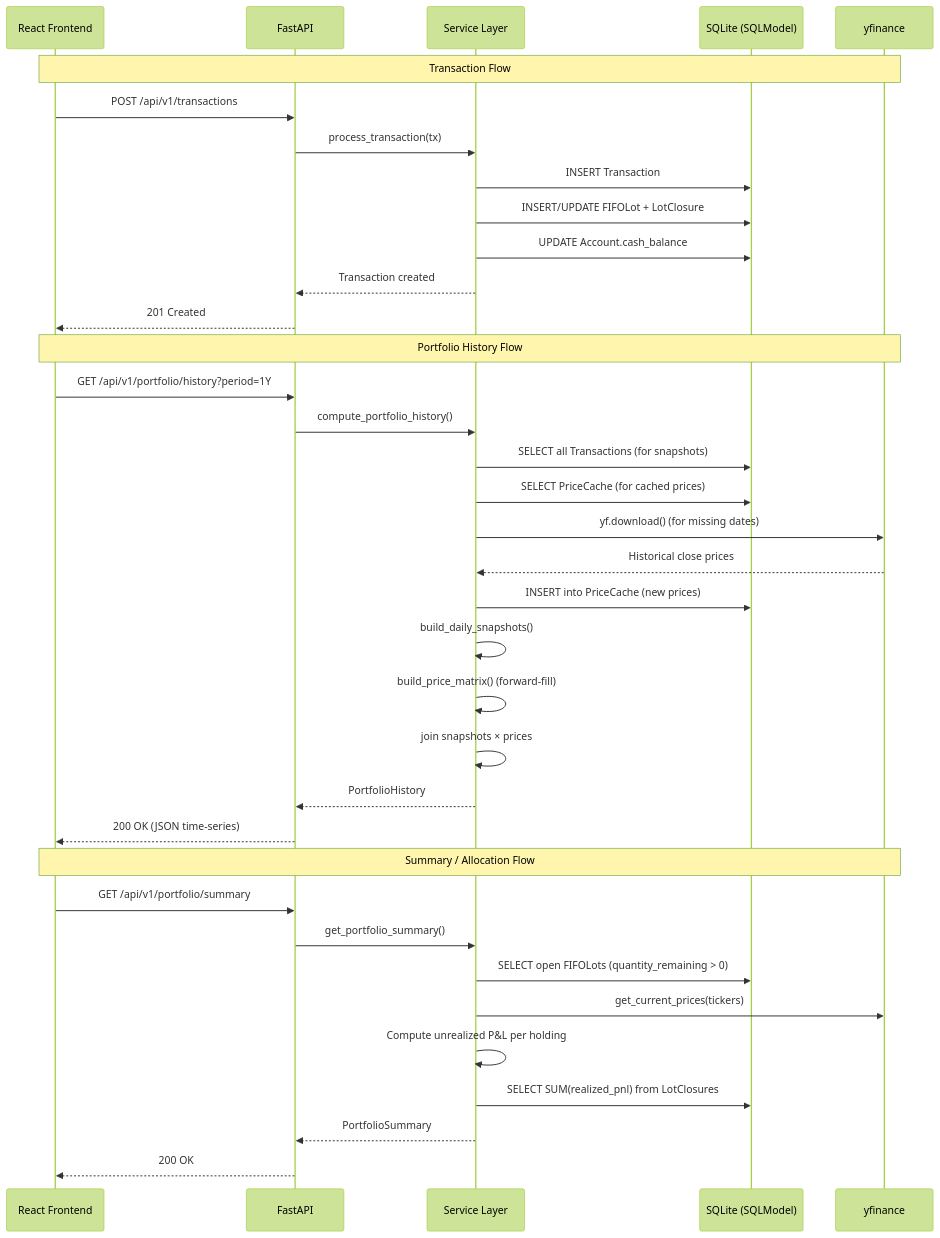
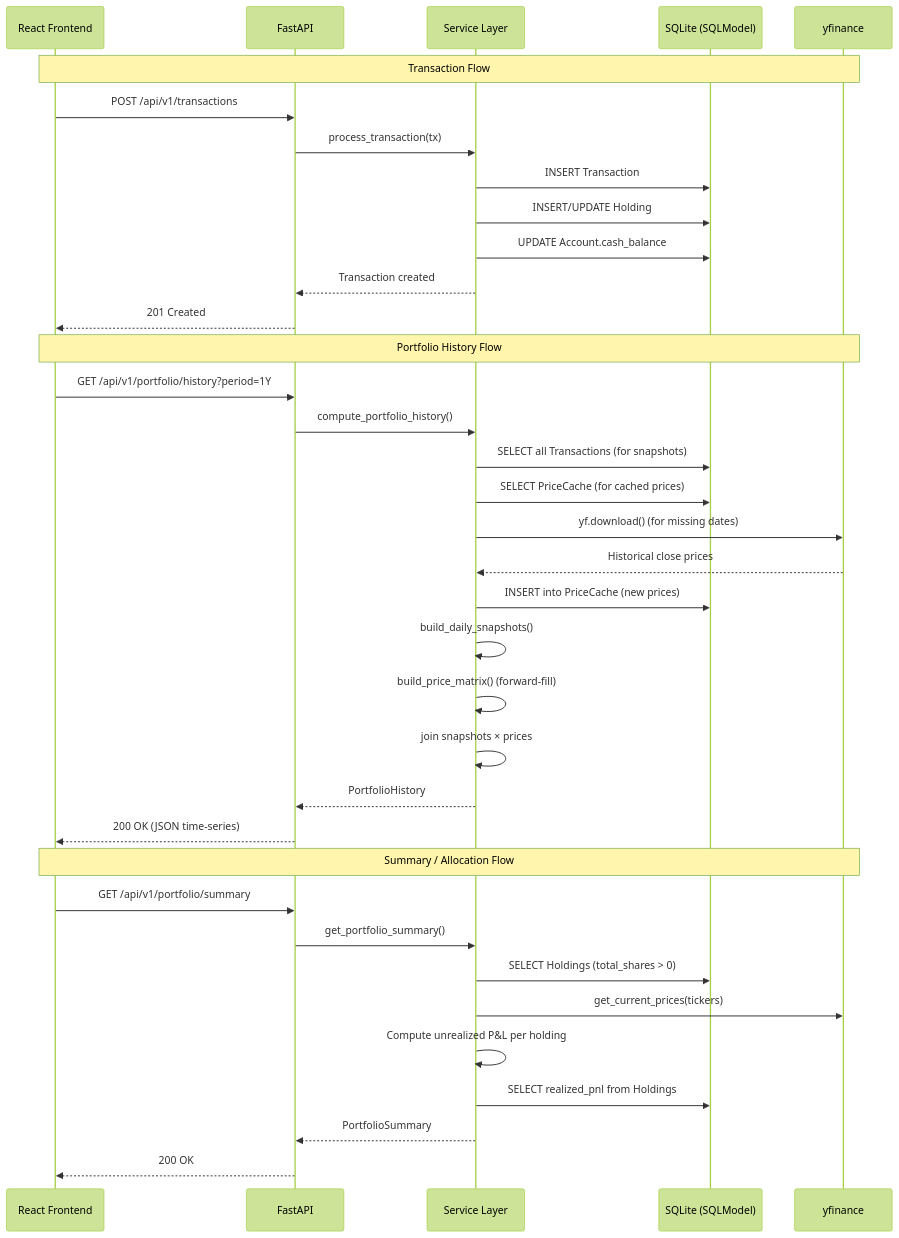
Before and after one commit to HEiSENBERG-19/folio: the third of 3 diagrams in ARCHITECTURE.md, drawn with Mermaid (forest theme). The commit also changed other lines of this file and 2 other files, not shown here.

````diff
--- a/ARCHITECTURE.md
+++ b/ARCHITECTURE.md
@@ -645,41 +653,41 @@
 ```mermaid
 sequenceDiagram
     participant FE as React Frontend
     participant API as FastAPI
     participant SVC as Service Layer
     participant DB as SQLite (SQLModel)
     participant YF as yfinance
 
     Note over FE,YF: Transaction Flow
     FE->>API: POST /api/v1/transactions
     API->>SVC: process_transaction(tx)
     SVC->>DB: INSERT Transaction
-    SVC->>DB: INSERT/UPDATE FIFOLot + LotClosure
+    SVC->>DB: INSERT/UPDATE Holding
     SVC->>DB: UPDATE Account.cash_balance
     SVC-->>API: Transaction created
     API-->>FE: 201 Created
 
     Note over FE,YF: Portfolio History Flow
     FE->>API: GET /api/v1/portfolio/history?period=1Y
     API->>SVC: compute_portfolio_history()
     SVC->>DB: SELECT all Transactions (for snapshots)
     SVC->>DB: SELECT PriceCache (for cached prices)
     SVC->>YF: yf.download() (for missing dates)
     YF-->>SVC: Historical close prices
     SVC->>DB: INSERT into PriceCache (new prices)
     SVC->>SVC: build_daily_snapshots()
     SVC->>SVC: build_price_matrix() (forward-fill)
     SVC->>SVC: join snapshots × prices
     SVC-->>API: PortfolioHistory
     API-->>FE: 200 OK (JSON time-series)
 
     Note over FE,YF: Summary / Allocation Flow
     FE->>API: GET /api/v1/portfolio/summary
     API->>SVC: get_portfolio_summary()
-    SVC->>DB: SELECT open FIFOLots (quantity_remaining > 0)
+    SVC->>DB: SELECT Holdings (total_shares > 0)
     SVC->>YF: get_current_prices(tickers)
     SVC->>SVC: Compute unrealized P&L per holding
-    SVC->>DB: SELECT SUM(realized_pnl) from LotClosures
+    SVC->>DB: SELECT realized_pnl from Holdings
     SVC-->>API: PortfolioSummary
     API-->>FE: 200 OK
 ```
````
